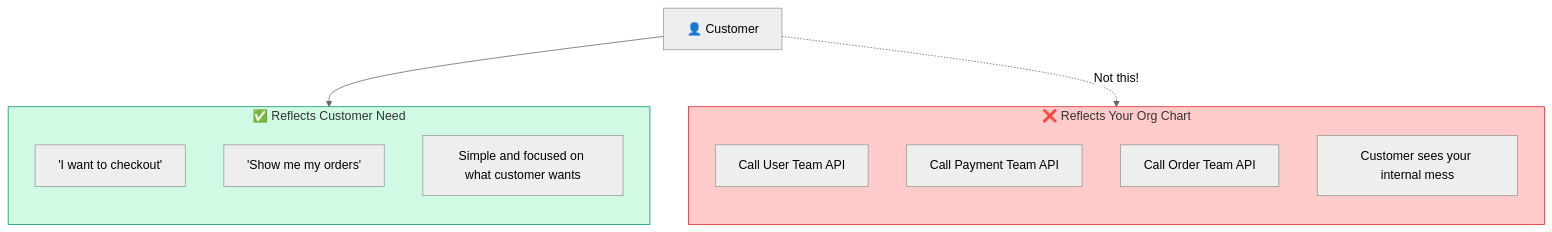
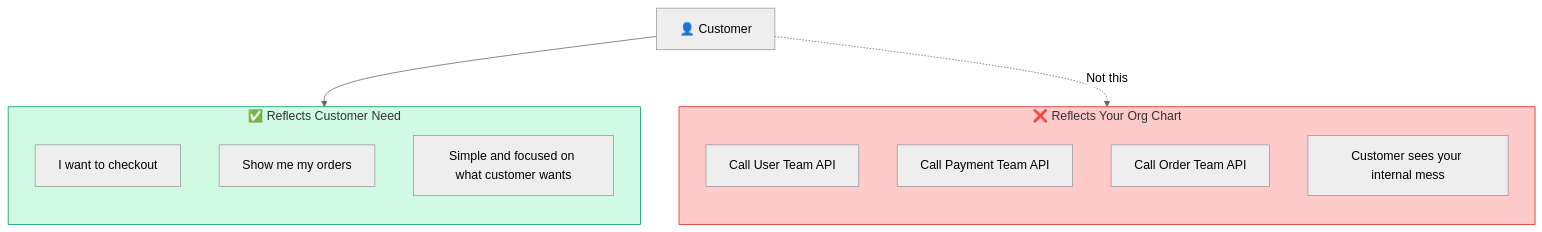
The fifth of 16 diagrams in _topics/scaling-api-design-architecture-part-2.md (rilov/handbook), drawn with Mermaid (neutral theme) before and after one commit. The commit also changed other lines of this file and 2 other files, not shown here.

Commit message:
mermaid diagram upgrade

```diff
--- a/_topics/scaling-api-design-architecture-part-2.md
+++ b/_topics/scaling-api-design-architecture-part-2.md
@@ -204,23 +204,23 @@
 <div class="mermaid">
 flowchart TD
     subgraph bad["❌ Reflects Your Org Chart"]
         direction TB
         C1["Call User Team API"]
         C2["Call Payment Team API"]
         C3["Call Order Team API"]
         Note1["Customer sees your internal mess"]
     end
     
     subgraph good["✅ Reflects Customer Need"]
         direction TB
-        I1["'I want to checkout'"]
-        I2["'Show me my orders'"]
+        I1["I want to checkout"]
+        I2["Show me my orders"]
         Note2["Simple and focused on what customer wants"]
     end
     
     Customer["👤 Customer"] --> good
-    Customer -.->|"Not this!"| bad
+    Customer -.->|Not this| bad
     
     style bad fill:#fecaca,stroke:#dc2626
     style good fill:#d1fae5,stroke:#059669
 </div>
```
